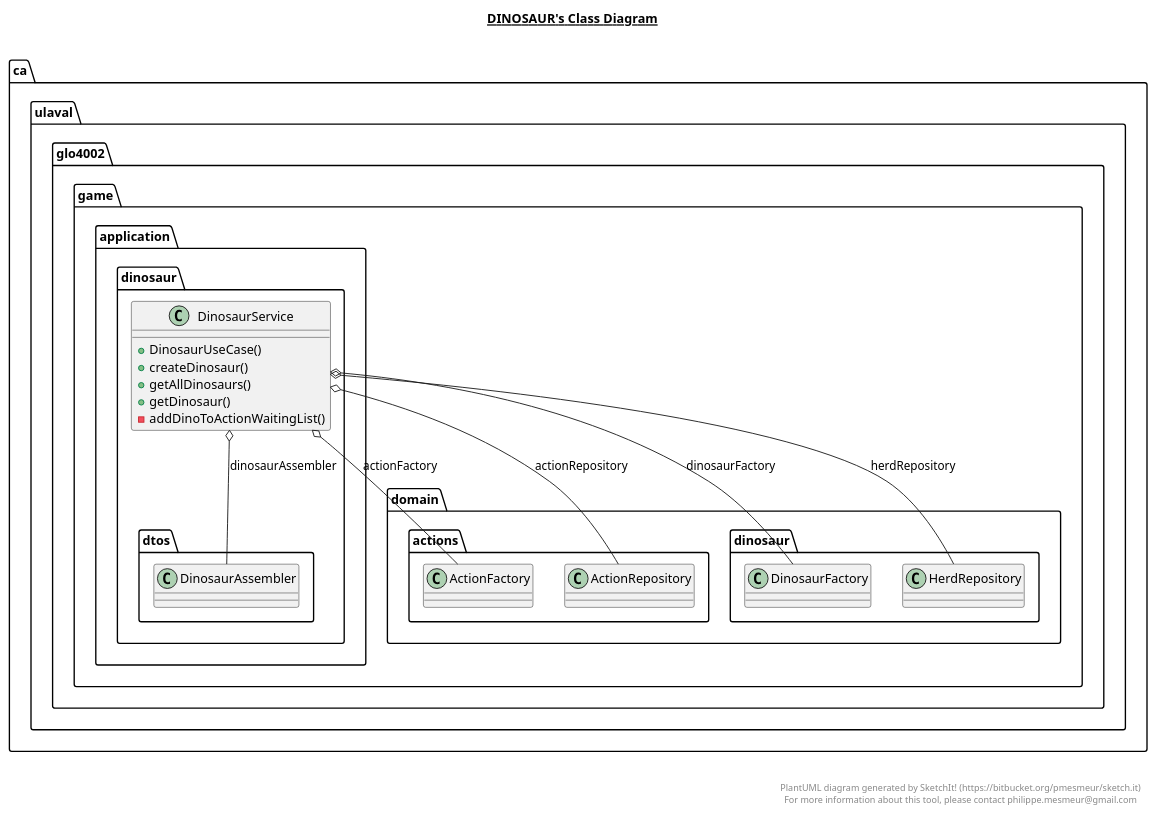
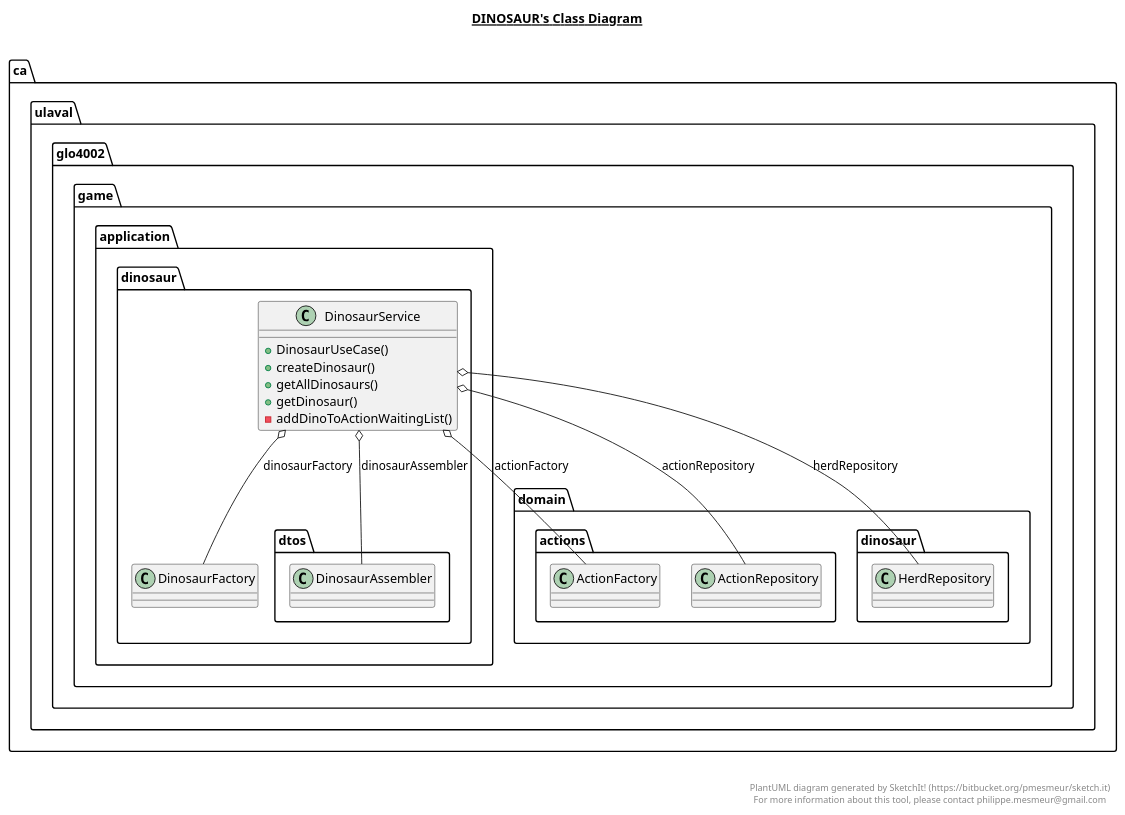
One commit to MALEC321/MEP7 changed the diagram in game-api/src/main/java/ca/ulaval/glo4002/game/application/dinosaur/dinosaur.plantuml. Above: the diagram before and after it, drawn with PlantUML. The commit also changed 29 other files, not shown here.

```diff
--- a/game-api/src/main/java/ca/ulaval/glo4002/game/application/dinosaur/dinosaur.plantuml
+++ b/game-api/src/main/java/ca/ulaval/glo4002/game/application/dinosaur/dinosaur.plantuml
@@ -1,31 +1,31 @@
 @startuml
 
 title __DINOSAUR's Class Diagram__\n
 
     namespace ca.ulaval.glo4002.game {
       namespace application.dinosaur {
         class ca.ulaval.glo4002.game.application.dinosaur.DinosaurService {
             + DinosaurUseCase()
             + createDinosaur()
             + getAllDinosaurs()
             + getDinosaur()
             - addDinoToActionWaitingList()
         }
       }
     }
 
   ca.ulaval.glo4002.game.application.dinosaur.DinosaurService o-- ca.ulaval.glo4002.game.domain.actions.ActionFactory : actionFactory
   ca.ulaval.glo4002.game.application.dinosaur.DinosaurService o-- ca.ulaval.glo4002.game.domain.actions.ActionRepository : actionRepository
   ca.ulaval.glo4002.game.application.dinosaur.DinosaurService o-- ca.ulaval.glo4002.game.application.dinosaur.dtos.DinosaurAssembler : dinosaurAssembler
-  ca.ulaval.glo4002.game.application.dinosaur.DinosaurService o-- ca.ulaval.glo4002.game.domain.dinosaur.DinosaurFactory : dinosaurFactory
+  ca.ulaval.glo4002.game.application.dinosaur.DinosaurService o-- ca.ulaval.glo4002.game.application.dinosaur.DinosaurFactory : dinosaurFactory
   ca.ulaval.glo4002.game.application.dinosaur.DinosaurService o-- ca.ulaval.glo4002.game.domain.dinosaur.HerdRepository : herdRepository
 
 
 right footer
 
 
 PlantUML diagram generated by SketchIt! (https://bitbucket.org/pmesmeur/sketch.it)
 For more information about this tool, please contact philippe.mesmeur@gmail.com
 endfooter
 
 @enduml
```
